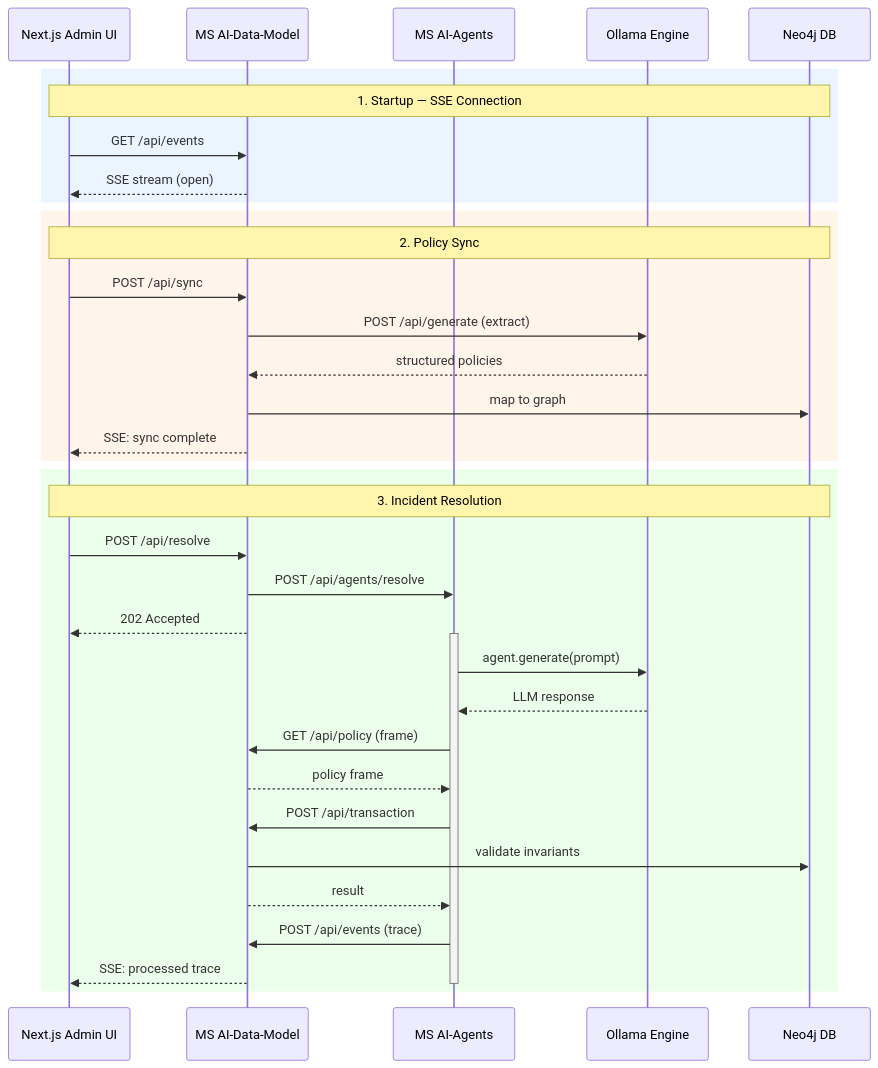
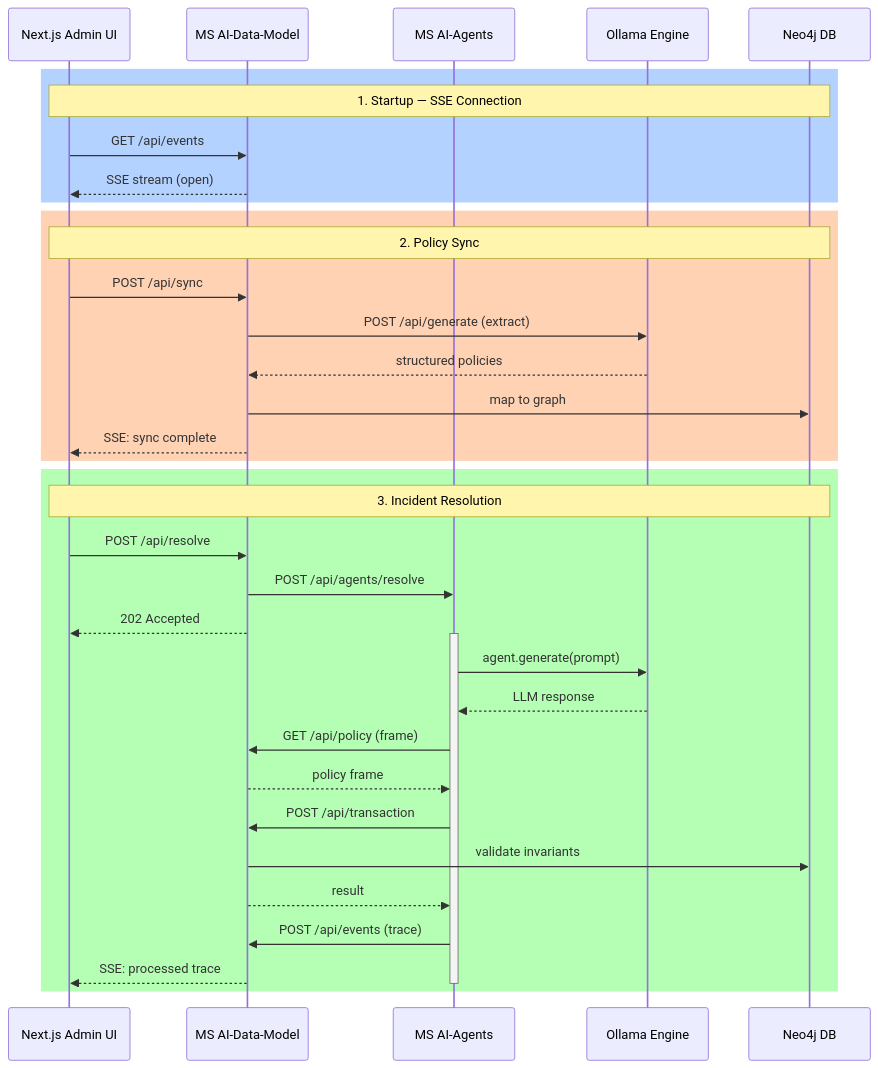
The second of 2 diagrams in README.md (bugaro/osai), drawn with Mermaid before and after one commit. The commit also changed other lines of this file, not shown here.

Commit message:
Update README to improve flowchart formatting and color scheme

````diff
--- a/README.md
+++ b/README.md
@@ -48,41 +48,41 @@
 ```mermaid
 sequenceDiagram
     participant Admin as Next.js Admin UI
     participant DataModel as MS AI-Data-Model
     participant Agents as MS AI-Agents
     participant Ollama as Ollama Engine
     participant Neo4j as Neo4j DB
 
-    rect rgb(235, 245, 255)
+    rect rgb(180, 210, 255)
         Note over Admin,Neo4j: 1. Startup — SSE Connection
         Admin->>DataModel: GET /api/events
         DataModel-->>Admin: SSE stream (open)
     end
 
-    rect rgb(255, 245, 235)
+    rect rgb(255, 210, 180)
         Note over Admin,Neo4j: 2. Policy Sync
         Admin->>DataModel: POST /api/sync
         DataModel->>Ollama: POST /api/generate (extract)
         Ollama-->>DataModel: structured policies
         DataModel->>Neo4j: map to graph
         DataModel-->>Admin: SSE: sync complete
     end
 
-    rect rgb(235, 255, 235)
+    rect rgb(180, 255, 180)
         Note over Admin,Neo4j: 3. Incident Resolution
         Admin->>DataModel: POST /api/resolve
         DataModel->>Agents: POST /api/agents/resolve
         DataModel-->>Admin: 202 Accepted
         activate Agents
         Agents->>Ollama: agent.generate(prompt)
         Ollama-->>Agents: LLM response
         Agents->>DataModel: GET /api/policy (frame)
         DataModel-->>Agents: policy frame
         Agents->>DataModel: POST /api/transaction
         DataModel->>Neo4j: validate invariants
         DataModel-->>Agents: result
         Agents->>DataModel: POST /api/events (trace)
         DataModel-->>Admin: SSE: processed trace
         deactivate Agents
     end
 ```
````
